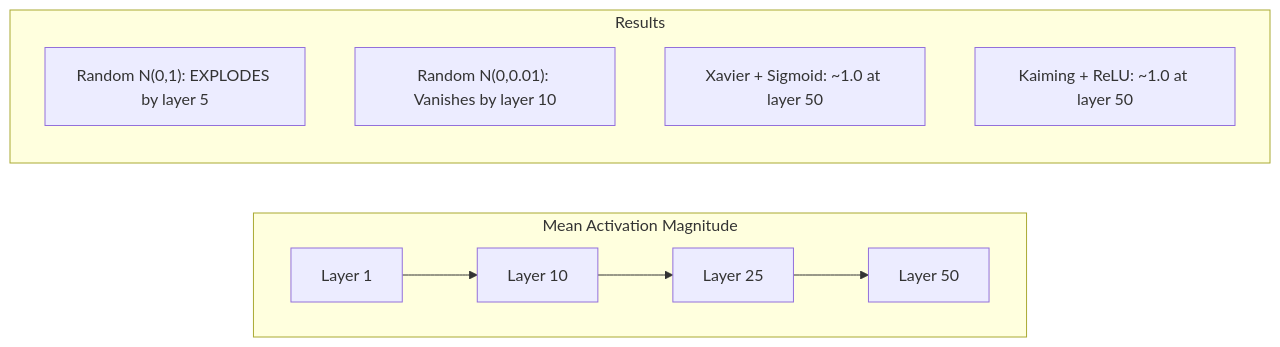
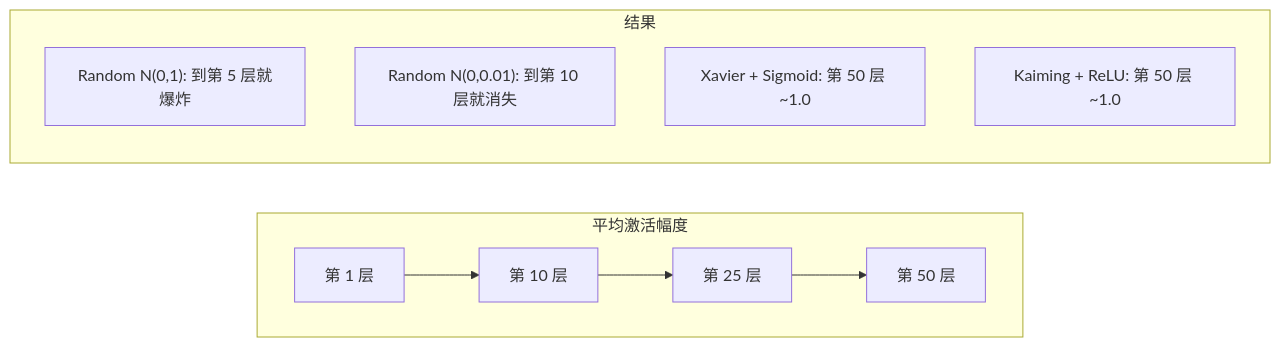
One commit to JerryC8080/ai-engineering-from-scratch-zh changed the second of 3 diagrams in phases/03-deep-learning-core/08-weight-initialization/docs/zh.md. Above: the diagram before and after it, drawn with Mermaid. The commit also changed other lines of this file and 156 other files, not shown here.

First line of the commit message:
i18n(zh): translate mermaid diagram labels in 157 lesson zh.md

````diff
--- a/phases/03-deep-learning-core/08-weight-initialization/docs/zh.md
+++ b/phases/03-deep-learning-core/08-weight-initialization/docs/zh.md
@@ -134,14 +134,14 @@
 ```mermaid
 graph LR
-    subgraph "Mean Activation Magnitude"
+    subgraph "平均激活幅度"
         direction LR
-        L1["Layer 1"] --> L10["Layer 10"] --> L25["Layer 25"] --> L50["Layer 50"]
+        L1["第 1 层"] --> L10["第 10 层"] --> L25["第 25 层"] --> L50["第 50 层"]
     end
 
-    subgraph "Results"
-        R1["Random N(0,1): EXPLODES by layer 5"]
-        R2["Random N(0,0.01): Vanishes by layer 10"]
-        R3["Xavier + Sigmoid: ~1.0 at layer 50"]
-        R4["Kaiming + ReLU: ~1.0 at layer 50"]
+    subgraph "结果"
+        R1["Random N(0,1): 到第 5 层就爆炸"]
+        R2["Random N(0,0.01): 到第 10 层就消失"]
+        R3["Xavier + Sigmoid: 第 50 层 ~1.0"]
+        R4["Kaiming + ReLU: 第 50 层 ~1.0"]
     end
 ```
````
